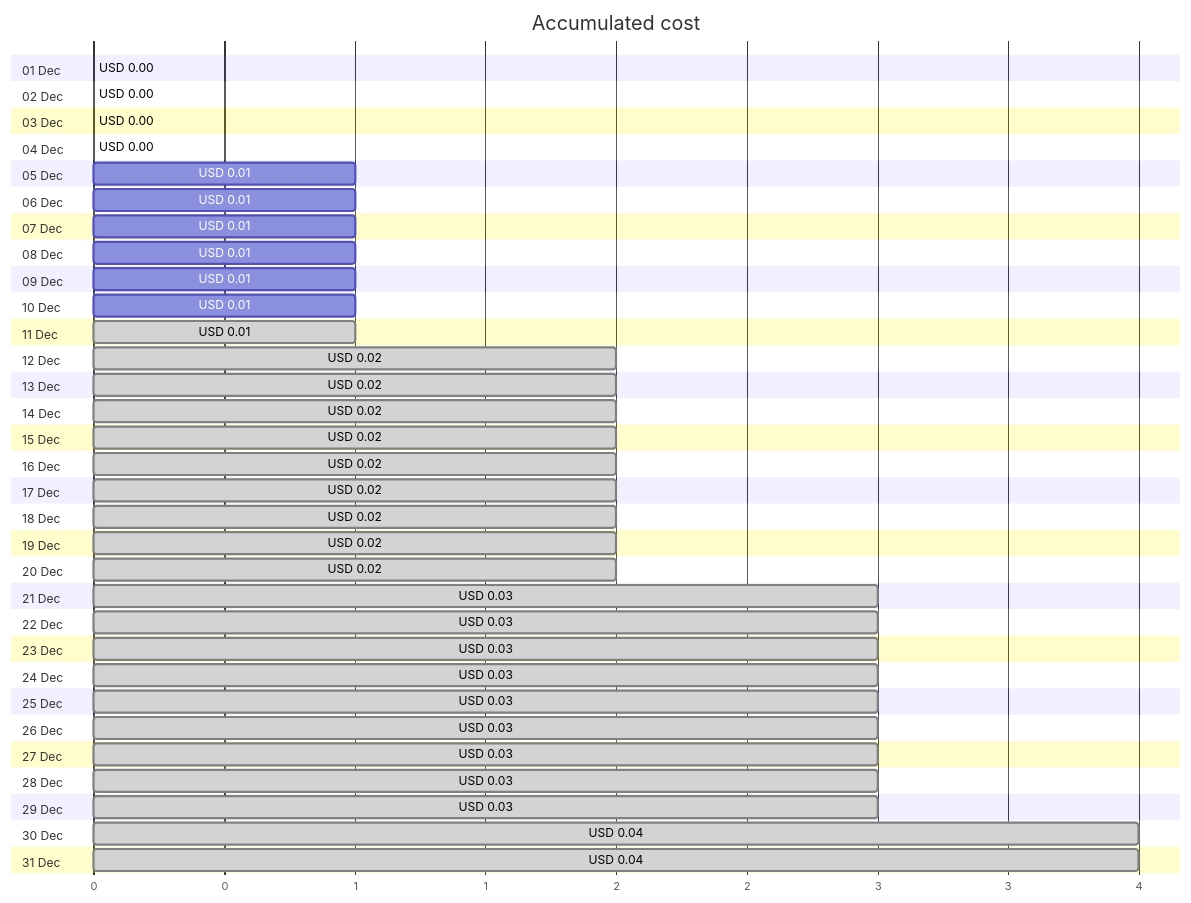
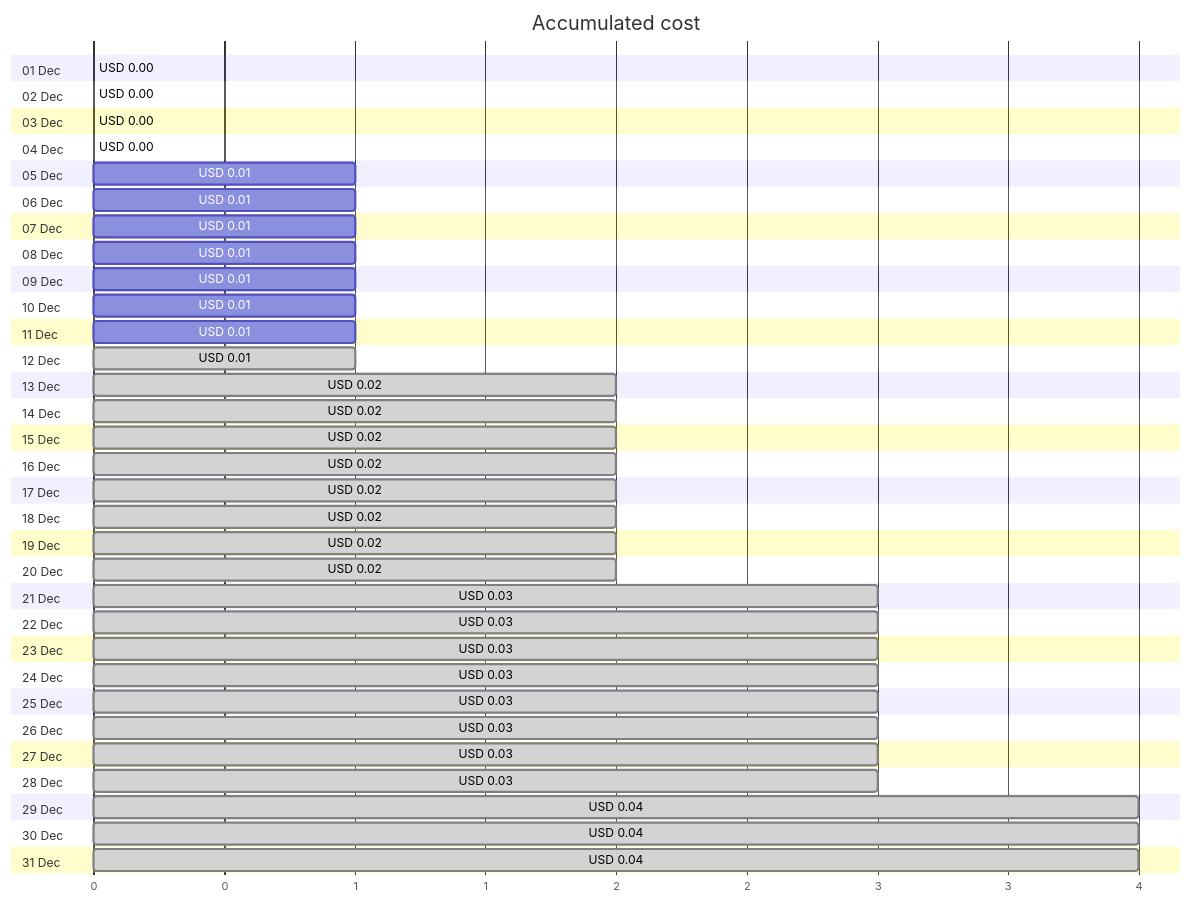
One commit to jpfulton/azure-personal-reports changed the first of 4 diagrams in cost-reports/personal-site/personalsiteapistorage.md. Above: the diagram before and after it, drawn with Mermaid. The commit also changed other lines of this file and 6 other files, not shown here.

````diff
--- a/cost-reports/personal-site/personalsiteapistorage.md
+++ b/cost-reports/personal-site/personalsiteapistorage.md
@@ -20,68 +20,68 @@
 ```mermaid
 gantt
    title Accumulated cost
    dateFormat  X
    axisFormat %s
    section 01 Dec
    USD 0.00 :0, 0
    section 02 Dec
    USD 0.00 :0, 0
    section 03 Dec
    USD 0.00 :0, 0
    section 04 Dec
    USD 0.00 :0, 0
    section 05 Dec
    USD 0.01 :0, 1
    section 06 Dec
    USD 0.01 :0, 1
    section 07 Dec
    USD 0.01 :0, 1
    section 08 Dec
    USD 0.01 :0, 1
    section 09 Dec
    USD 0.01 :0, 1
    section 10 Dec
    USD 0.01 :0, 1
    section 11 Dec
+   USD 0.01 :0, 1
+   section 12 Dec
    USD 0.01 : done, 0, 1
-   section 12 Dec
-   USD 0.02 : done, 0, 2
    section 13 Dec
    USD 0.02 : done, 0, 2
    section 14 Dec
    USD 0.02 : done, 0, 2
    section 15 Dec
    USD 0.02 : done, 0, 2
    section 16 Dec
    USD 0.02 : done, 0, 2
    section 17 Dec
    USD 0.02 : done, 0, 2
    section 18 Dec
    USD 0.02 : done, 0, 2
    section 19 Dec
    USD 0.02 : done, 0, 2
    section 20 Dec
    USD 0.02 : done, 0, 2
    section 21 Dec
    USD 0.03 : done, 0, 3
    section 22 Dec
    USD 0.03 : done, 0, 3
    section 23 Dec
    USD 0.03 : done, 0, 3
    section 24 Dec
    USD 0.03 : done, 0, 3
    section 25 Dec
    USD 0.03 : done, 0, 3
    section 26 Dec
    USD 0.03 : done, 0, 3
    section 27 Dec
    USD 0.03 : done, 0, 3
    section 28 Dec
    USD 0.03 : done, 0, 3
    section 29 Dec
-   USD 0.03 : done, 0, 3
+   USD 0.04 : done, 0, 4
    section 30 Dec
    USD 0.04 : done, 0, 4
    section 31 Dec
    USD 0.04 : done, 0, 4
 ```
````
